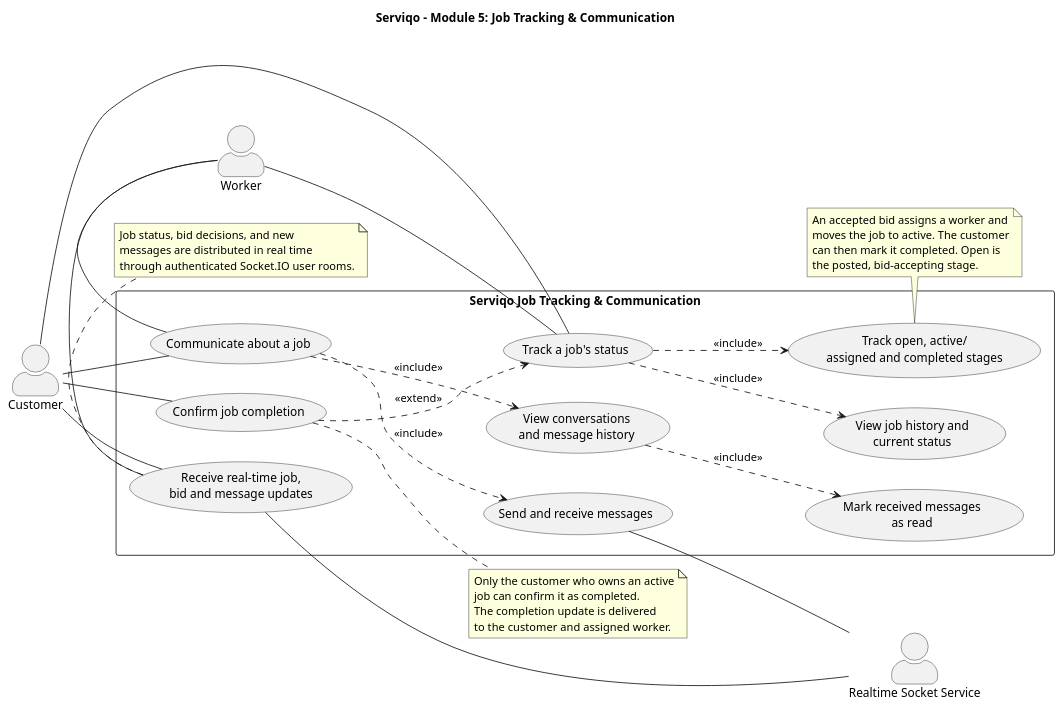
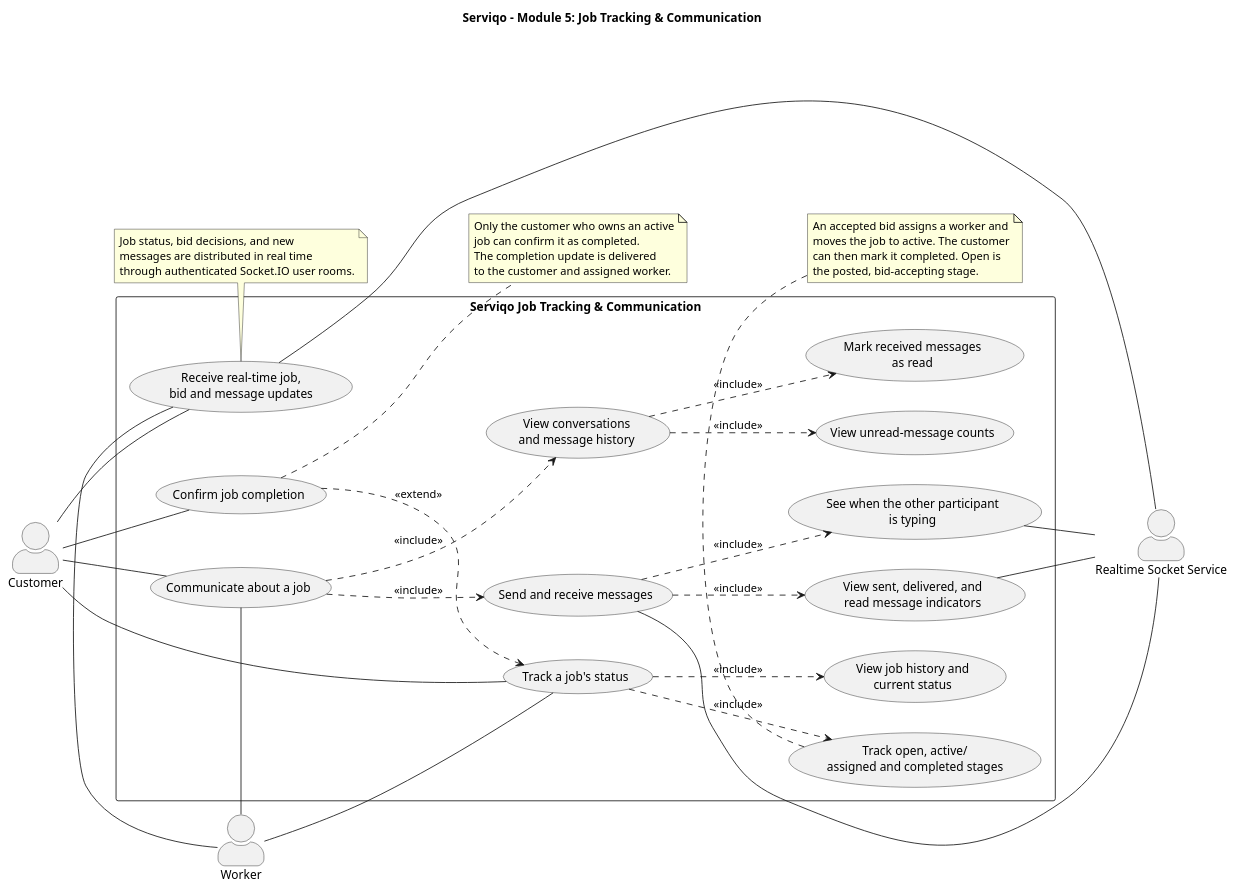
One commit to Moiz-002/Serviqo changed the diagram in module5-job-tracking-communication.puml. Above: the diagram before and after it, drawn with PlantUML. The commit also changed 22 other files, not shown here.

```diff
--- a/module5-job-tracking-communication.puml
+++ b/module5-job-tracking-communication.puml
@@ -1,66 +1,74 @@
 @startuml
 title Serviqo - Module 5: Job Tracking & Communication
 
 left to right direction
 skinparam packageStyle rectangle
 skinparam shadowing false
 skinparam actorStyle awesome
 
 actor Customer
 actor Worker
 actor "Realtime Socket Service" as Realtime
 
 rectangle "Serviqo Job Tracking & Communication" {
   usecase "Track a job's status" as TrackJob
   usecase "View job history and\ncurrent status" as ViewHistory
   usecase "Track open, active/\nassigned and completed stages" as StatusStages
   usecase "Confirm job completion" as ConfirmCompletion
 
   usecase "Communicate about a job" as Communicate
   usecase "View conversations\nand message history" as ViewMessages
   usecase "Send and receive messages" as ExchangeMessages
+  usecase "View unread-message counts" as ViewUnreadCounts
+  usecase "View sent, delivered, and\nread message indicators" as MessageReceipts
+  usecase "See when the other participant\nis typing" as TypingIndicator
   usecase "Mark received messages\nas read" as MarkRead
 
   usecase "Receive real-time job,\nbid and message updates" as ReceiveUpdates
 }
 
 Customer -- TrackJob
 Worker -- TrackJob
 Customer -- ConfirmCompletion
 Customer -- Communicate
 Worker -- Communicate
 
 TrackJob ..> ViewHistory : <<include>>
 TrackJob ..> StatusStages : <<include>>
 ConfirmCompletion ..> TrackJob : <<extend>>
 
 Communicate ..> ViewMessages : <<include>>
 Communicate ..> ExchangeMessages : <<include>>
 ViewMessages ..> MarkRead : <<include>>
+ViewMessages ..> ViewUnreadCounts : <<include>>
+ExchangeMessages ..> MessageReceipts : <<include>>
+ExchangeMessages ..> TypingIndicator : <<include>>
 ExchangeMessages -- Realtime
+MessageReceipts -- Realtime
+TypingIndicator -- Realtime
 
 ReceiveUpdates -- Customer
 ReceiveUpdates -- Worker
 ReceiveUpdates -- Realtime
 
 note right of ConfirmCompletion
 Only the customer who owns an active
 job can confirm it as completed.
 The completion update is delivered
 to the customer and assigned worker.
 end note
 
 note bottom of StatusStages
 An accepted bid assigns a worker and
 moves the job to active. The customer
 can then mark it completed. Open is
 the posted, bid-accepting stage.
 end note
 
 note bottom of ReceiveUpdates
 Job status, bid decisions, and new
 messages are distributed in real time
 through authenticated Socket.IO user rooms.
 end note
 
 @enduml
```
